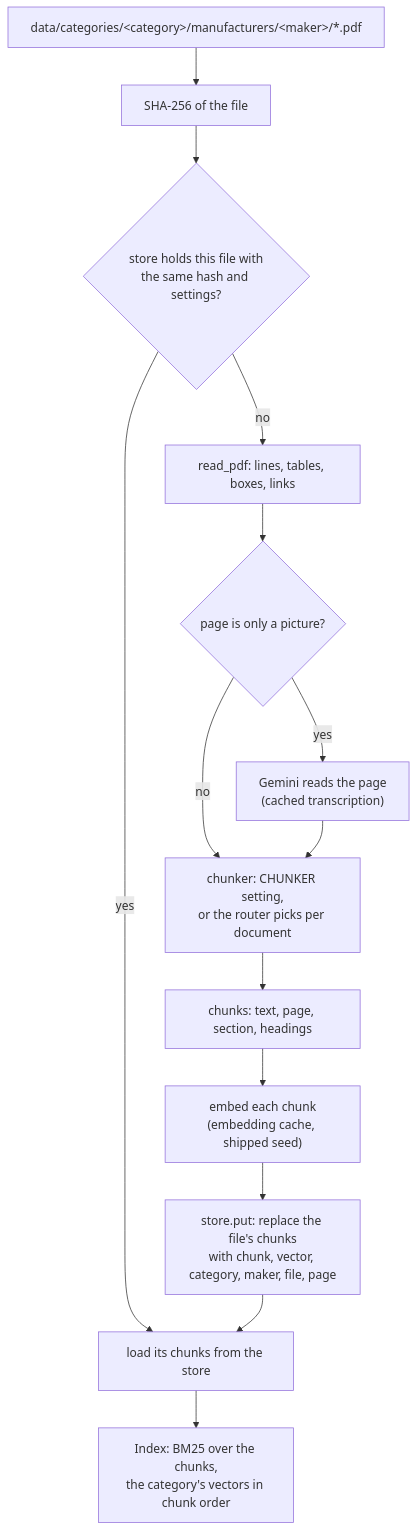
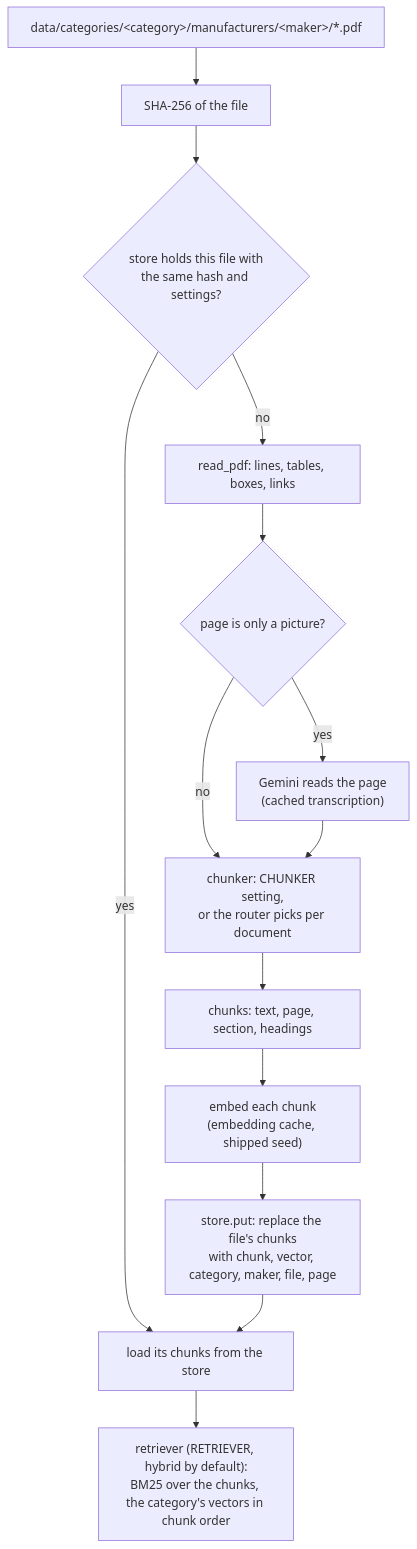
One commit to Shrau1711/tender-requirement-matcher changed the second of 3 diagrams in docs/architecture.md. Above: the diagram before and after it, drawn with Mermaid. The commit also changed other lines of this file and 25 other files, not shown here.

````diff
--- a/docs/architecture.md
+++ b/docs/architecture.md
@@ -65,16 +65,16 @@
 ```mermaid
 flowchart TD
     PDF["data/categories/&lt;category&gt;/manufacturers/&lt;maker&gt;/*.pdf"] --> HASH["SHA-256 of the file"]
     HASH --> STORED{"store holds this file with<br/>the same hash and settings?"}
     STORED -->|yes| LOAD["load its chunks from the store"]
     STORED -->|no| RP["read_pdf: lines, tables, boxes, links"]
     RP --> PIC{"page is only a picture?"}
     PIC -->|yes| OCR["Gemini reads the page<br/>(cached transcription)"]
     PIC -->|no| ROUTE
     OCR --> ROUTE["chunker: CHUNKER setting,<br/>or the router picks per document"]
     ROUTE --> CH["chunks: text, page, section, headings"]
     CH --> EM["embed each chunk<br/>(embedding cache, shipped seed)"]
     EM --> PUT["store.put: replace the file's chunks<br/>with chunk, vector, category, maker, file, page"]
     PUT --> LOAD
-    LOAD --> IDX["Index: BM25 over the chunks,<br/>the category's vectors in chunk order"]
+    LOAD --> IDX["retriever (RETRIEVER, hybrid by default):<br/>BM25 over the chunks, the category's vectors in chunk order"]
 ```
````
